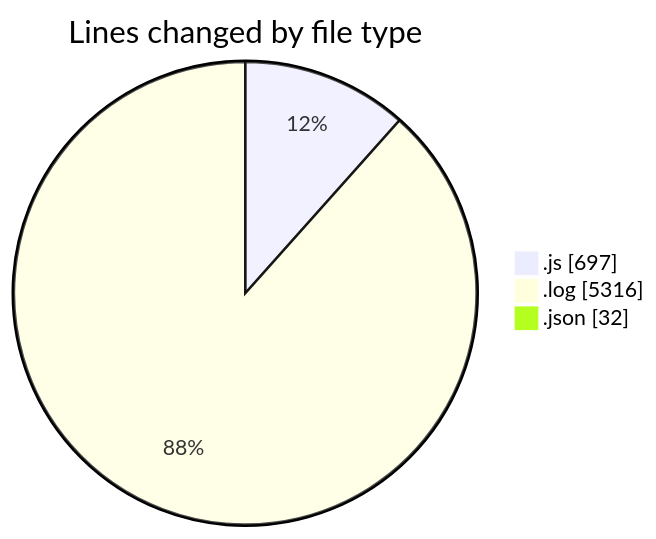
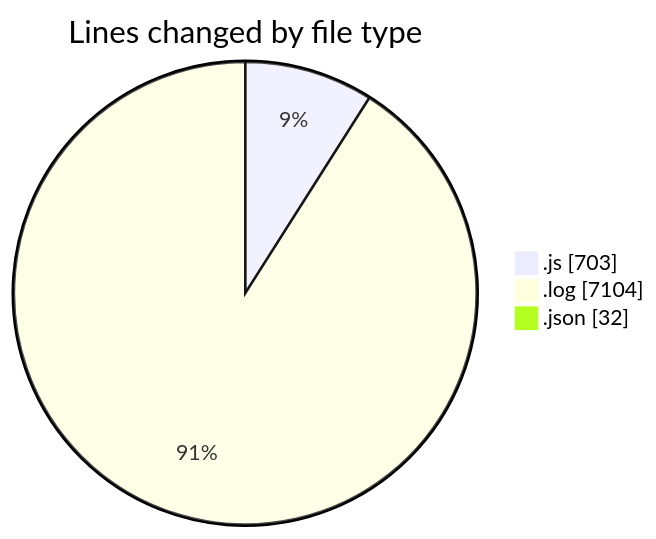
Before and after one commit to nxtqubesakshisongat/code-tracking: the first of 2 diagrams in 2025-04-15/nxtqube_webapp/README.md, drawn with Mermaid. The commit also changed other lines of this file and 1 other file, not shown here.

````diff
--- a/2025-04-15/nxtqube_webapp/README.md
+++ b/2025-04-15/nxtqube_webapp/README.md
@@ -26,7 +27,7 @@
 ```mermaid
 pie showData
 title Lines changed by file type
-".js" : 697
-".log" : 5316
+".js" : 703
+".log" : 7104
 ".json" : 32
 ```
````
